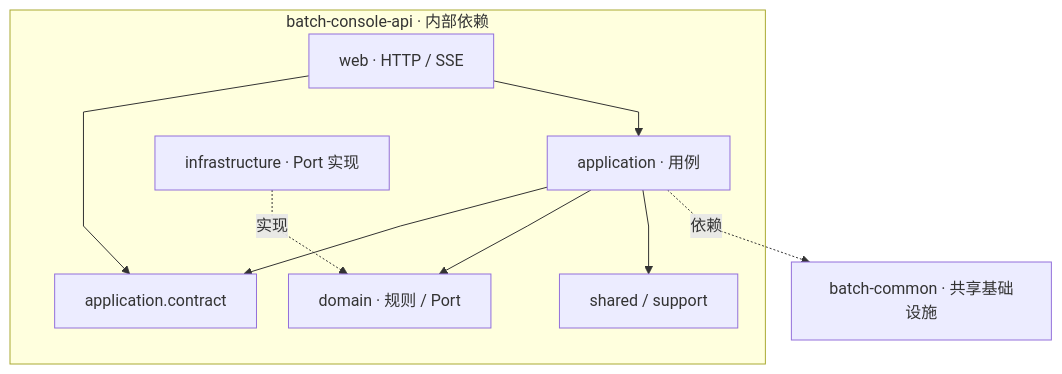
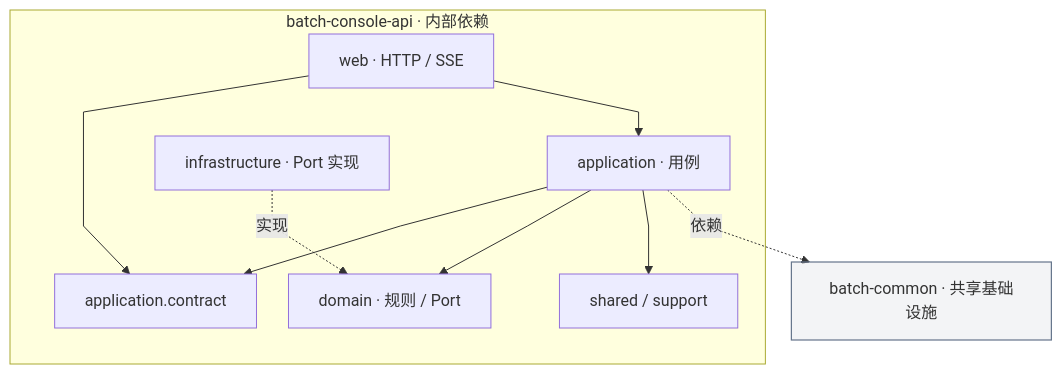
The fourth of 4 diagrams in docs/architecture/project-structure.md (pinpols/file-batch-system), drawn with Mermaid before and after one commit. The commit also changed other lines of this file and 9 other files, not shown here.

First line of the commit message:
docs(architecture): unify styling of the navigation architecture diagrams (#1365)

````diff
--- a/docs/architecture/project-structure.md
+++ b/docs/architecture/project-structure.md
@@ -173,13 +217,22 @@
 ```mermaid
 %%{init: {"flowchart":{"curve":"linear","nodeSpacing":32,"rankSpacing":48},"sequence":{"mirrorActors":false}}}%%
 flowchart TB
+
   subgraph CONSOLE["batch-console-api · 内部依赖"]
     WEB["web · HTTP / SSE"] --> CONTRACT["application.contract"]
     WEB --> APP["application · 用例"]
     APP --> CONTRACT
     APP --> DOMAIN["domain · 规则 / Port"]
     INFRA["infrastructure · Port 实现"] -. "实现" .-> DOMAIN
     APP --> SHARED["shared / support"]
   end
-  APP -. "依赖" .-> COMMON["batch-common · 共享基础设施"]
+  COMMON["batch-common · 共享基础设施"]:::lib
+  APP -. "依赖" .-> COMMON
+  classDef entry fill:#6366f11f,stroke:#6366f1,stroke-width:1.5px
+  classDef control fill:#0284c71f,stroke:#0284c7,stroke-width:1.5px
+  classDef mq fill:#d977061f,stroke:#d97706,stroke-width:1.5px
+  classDef worker fill:#0596691f,stroke:#059669,stroke-width:1.5px
+  classDef store fill:#7c3aed1f,stroke:#7c3aed,stroke-width:1.5px
+  classDef ext fill:#64748b14,stroke:#64748b,stroke-width:1.2px,stroke-dasharray:4 3
+  classDef lib fill:#64748b14,stroke:#64748b,stroke-width:1.2px
 ```
````
